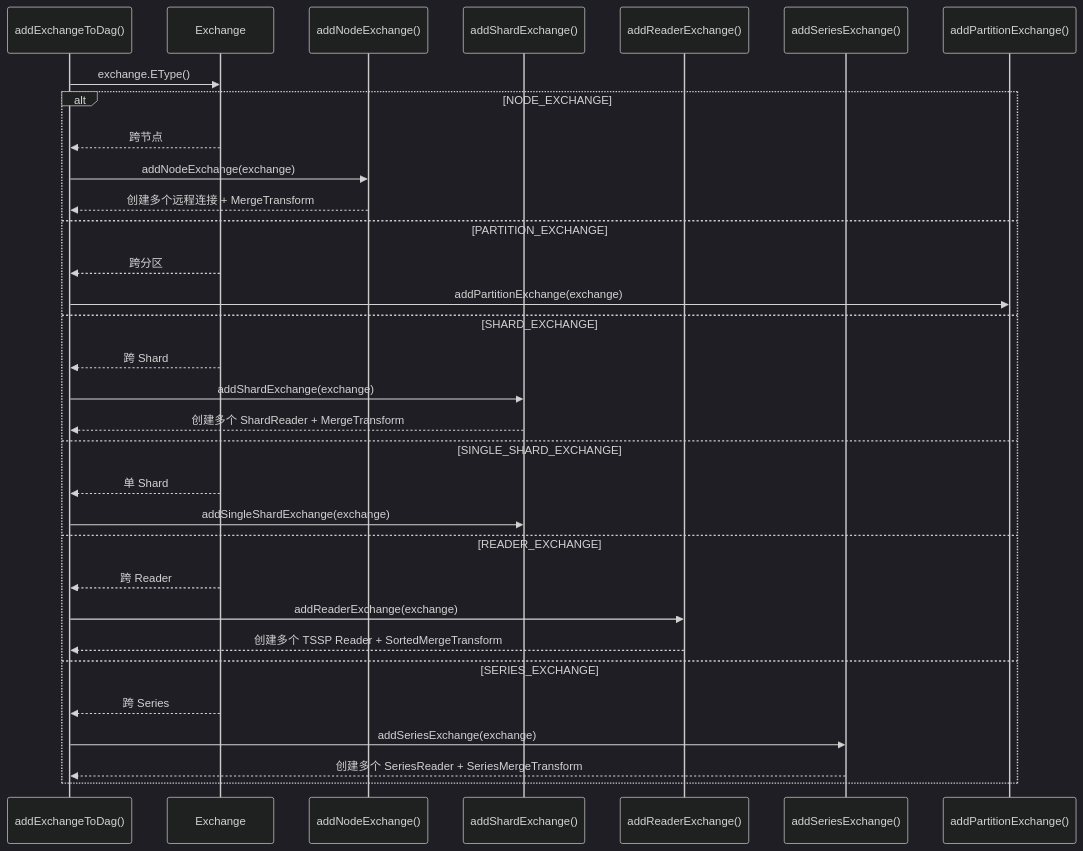
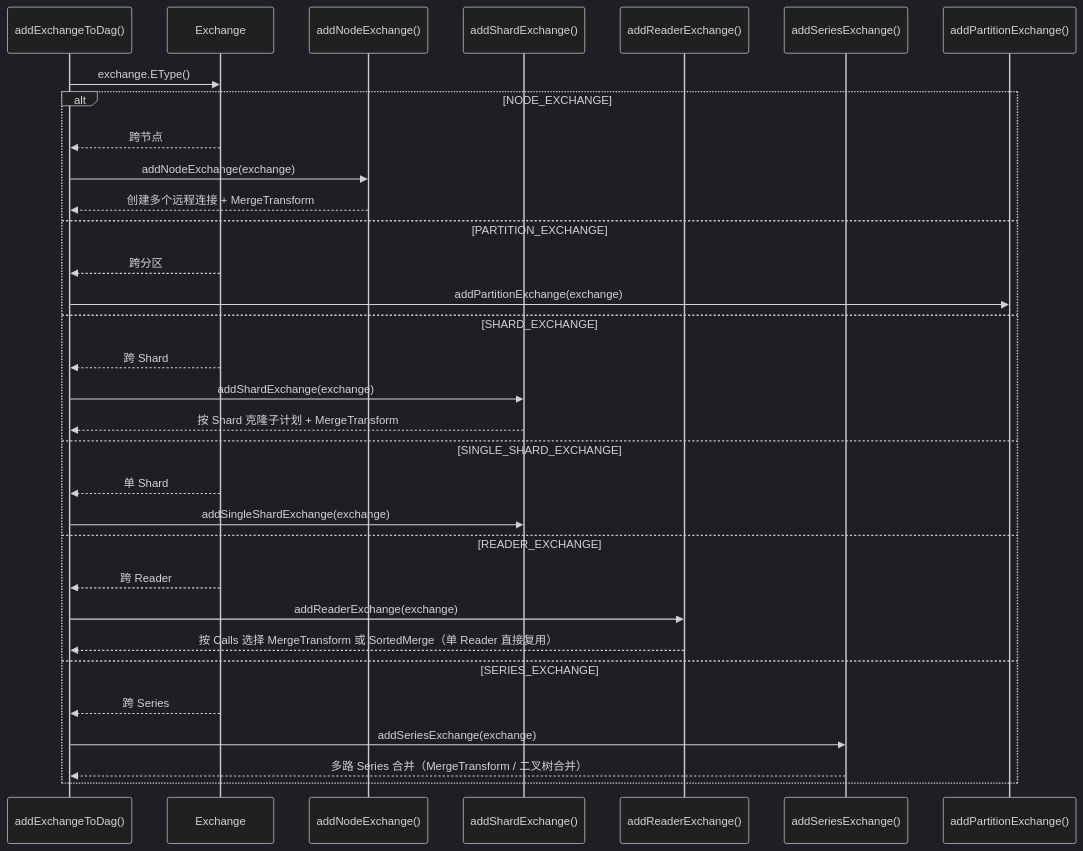
One commit to stefanv5/openGemini changed diagram 12 of 33 in docs/specs/03_query_engine_spec.md. Above: the diagram before and after it, drawn with Mermaid (dark theme). The commit also changed other lines of this file and 37 other files, not shown here.

````diff
--- a/docs/specs/03_query_engine_spec.md
+++ b/docs/specs/03_query_engine_spec.md
@@ -1031,36 +1113,36 @@
 ```mermaid
 sequenceDiagram
     participant Builder as addExchangeToDag()
     participant Exchange as Exchange
     participant Node as addNodeExchange()
     participant Shard as addShardExchange()
     participant Reader as addReaderExchange()
     participant Series as addSeriesExchange()
     participant Partition as addPartitionExchange()
 
     Builder->>Exchange: exchange.EType()
 
     alt NODE_EXCHANGE
         Exchange-->>Builder: 跨节点
         Builder->>Node: addNodeExchange(exchange)
         Node-->>Builder: 创建多个远程连接 + MergeTransform
     else PARTITION_EXCHANGE
         Exchange-->>Builder: 跨分区
         Builder->>Partition: addPartitionExchange(exchange)
     else SHARD_EXCHANGE
         Exchange-->>Builder: 跨 Shard
         Builder->>Shard: addShardExchange(exchange)
-        Shard-->>Builder: 创建多个 ShardReader + MergeTransform
+        Shard-->>Builder: 按 Shard 克隆子计划 + MergeTransform
     else SINGLE_SHARD_EXCHANGE
         Exchange-->>Builder: 单 Shard
         Builder->>Shard: addSingleShardExchange(exchange)
     else READER_EXCHANGE
         Exchange-->>Builder: 跨 Reader
         Builder->>Reader: addReaderExchange(exchange)
-        Reader-->>Builder: 创建多个 TSSP Reader + SortedMergeTransform
+        Reader-->>Builder: 按 Calls 选择 MergeTransform 或 SortedMerge（单 Reader 直接复用）
     else SERIES_EXCHANGE
         Exchange-->>Builder: 跨 Series
         Builder->>Series: addSeriesExchange(exchange)
-        Series-->>Builder: 创建多个 SeriesReader + SeriesMergeTransform
+        Series-->>Builder: 多路 Series 合并（MergeTransform / 二叉树合并）
     end
 ```
````
